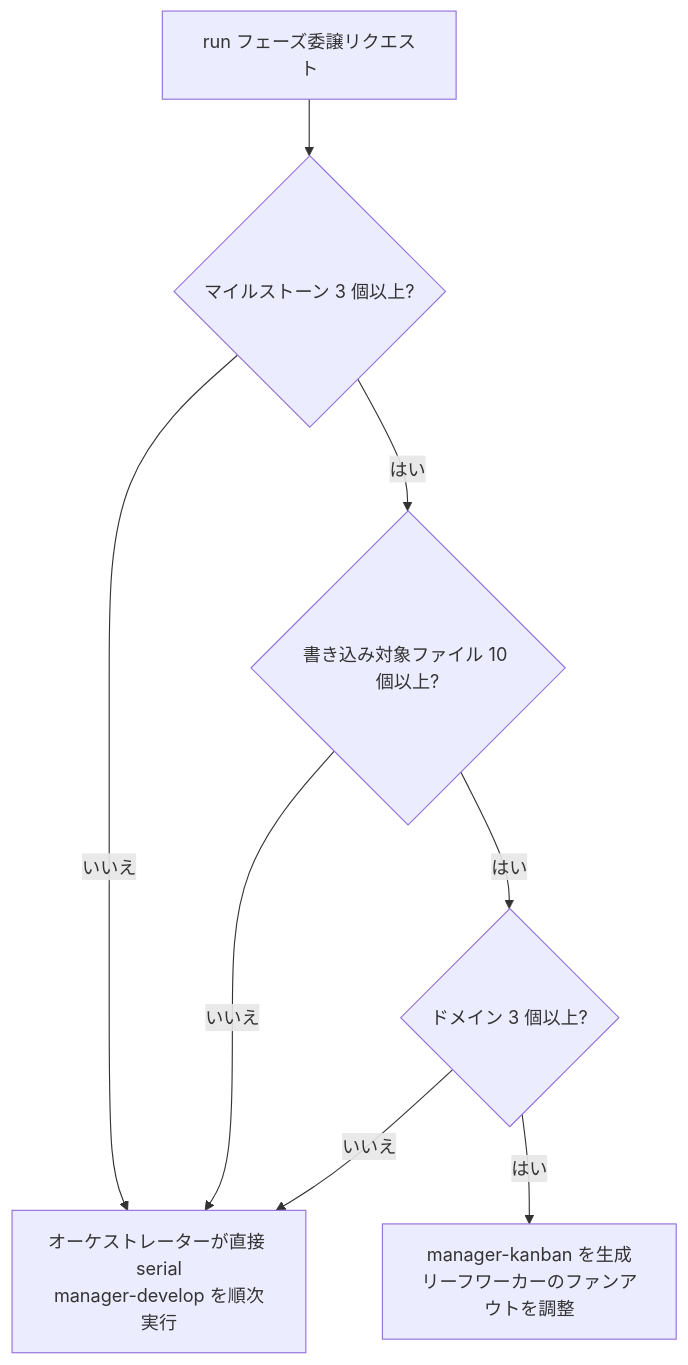
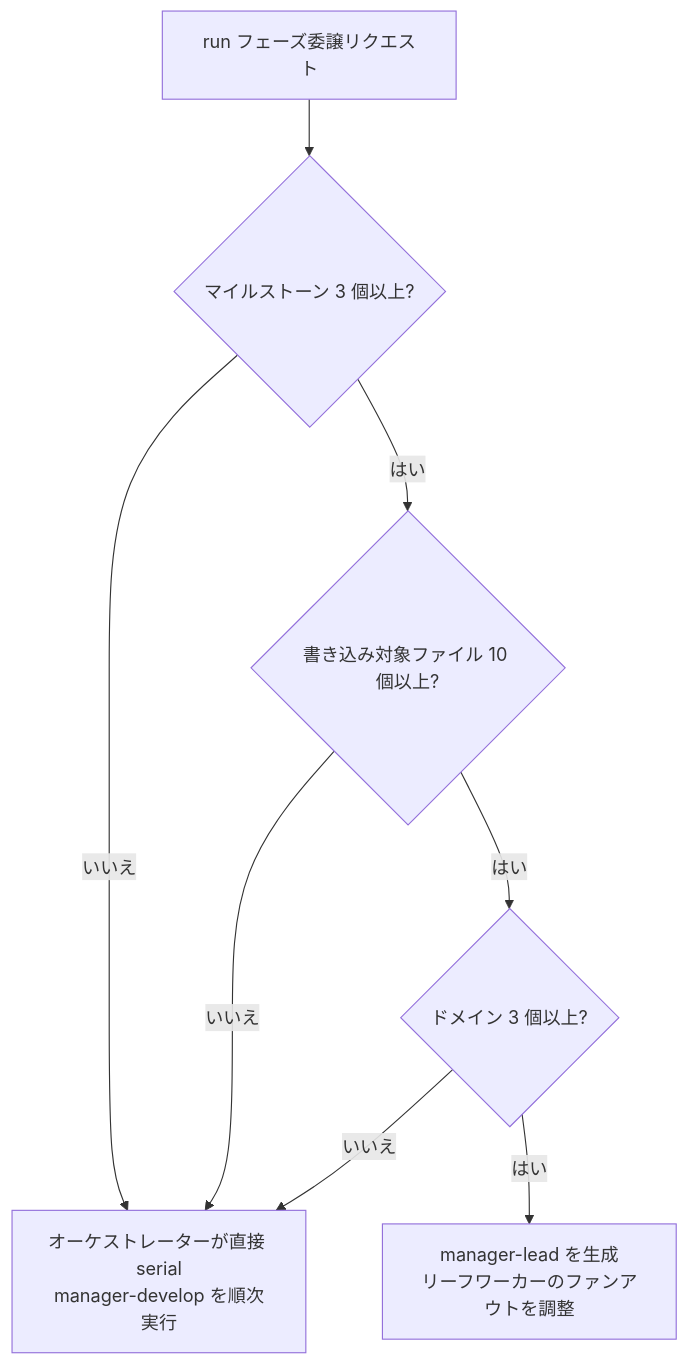
One commit to modu-ai/moai-adk changed the second of 5 diagrams in docs-site/content/ja/advanced/agent-guide.md. Above: the diagram before and after it, drawn with Mermaid. The commit also changed other lines of this file and 17 other files, not shown here.

First line of the commit message:
docs(docs-site): sweep manager-kanban -> manager-lead agent-name prose (4 locales)

````diff
--- a/docs-site/content/ja/advanced/agent-guide.md
+++ b/docs-site/content/ja/advanced/agent-guide.md
@@ -145,10 +145,10 @@
 ```mermaid
 flowchart TD
     START["run フェーズ委譲リクエスト"] --> Q1{"マイルストーン 3 個以上?"}
     Q1 -->|"いいえ"| MODE5["オーケストレーターが直接 serial<br>manager-develop を順次実行"]
     Q1 -->|"はい"| Q2{"書き込み対象ファイル 10 個以上?"}
     Q2 -->|"いいえ"| MODE5
     Q2 -->|"はい"| Q3{"ドメイン 3 個以上?"}
     Q3 -->|"いいえ"| MODE5
-    Q3 -->|"はい"| LEAD["manager-kanban を生成<br>リーフワーカーのファンアウトを調整"]
+    Q3 -->|"はい"| LEAD["manager-lead を生成<br>リーフワーカーのファンアウトを調整"]
 ```
````
